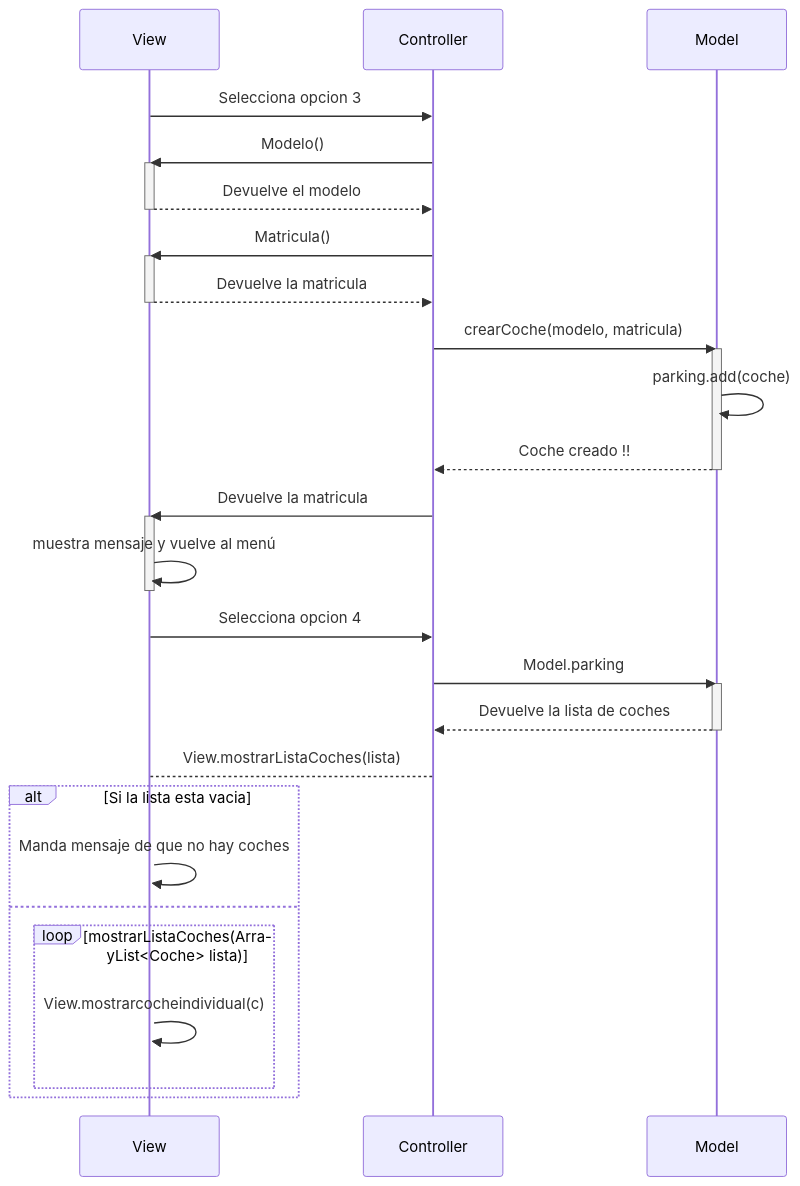
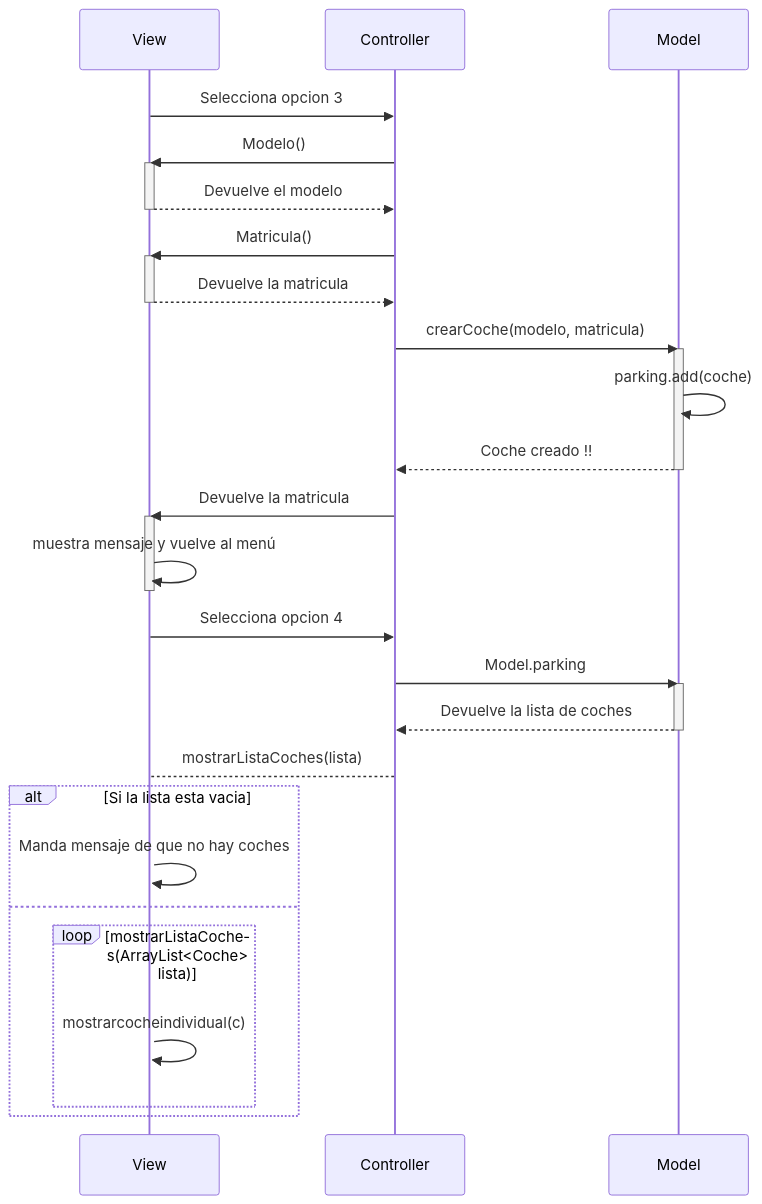
The second of 2 diagrams in Readme.md (shermidagre/COD), drawn with Mermaid before and after one commit.

Commit message:
Arreglos en listado de coches

````diff
--- a/Readme.md
+++ b/Readme.md
@@ -37,46 +37,46 @@
 ```mermaid
 sequenceDiagram
 participant View
 participant Controller
 participant Model
 
     View->>Controller: Selecciona opcion 3
     Controller->>View: Modelo()
     activate View
     View-->>Controller: Devuelve el modelo
     deactivate View
     
     Controller->>View: Matricula()
     activate View
     View-->>Controller: Devuelve la matricula
     deactivate View
     
     Controller->>Model: crearCoche(modelo, matricula)
     activate Model
     Model->>Model: parking.add(coche)
     Model-->>Controller: Coche creado !!
     deactivate Model
     
     Controller->>View: Devuelve la matricula
     activate View
     View->>View: muestra mensaje y vuelve al menú
     deactivate View
     
     View->>Controller: Selecciona opcion 4
     Controller->>Model: Model.parking
     activate Model
     Model-->>Controller: Devuelve la lista de coches
     deactivate Model
-    Controller-->View: View.mostrarListaCoches(lista)
+    Controller-->View: mostrarListaCoches(lista)
     activate View
     alt Si la lista esta vacia
     View->>View: Manda mensaje de que no hay coches
     else 
         loop mostrarListaCoches(ArrayList<Coche> lista) 
-            View->>View: View.mostrarcocheindividual(c)
+            View->>View: mostrarcocheindividual(c)
         end
         end
     
     
     
 ```
````
